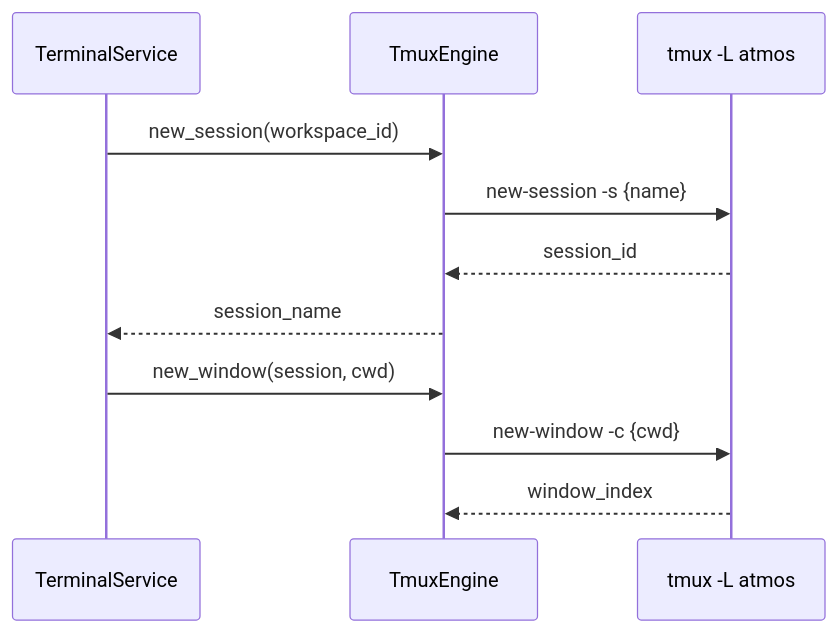
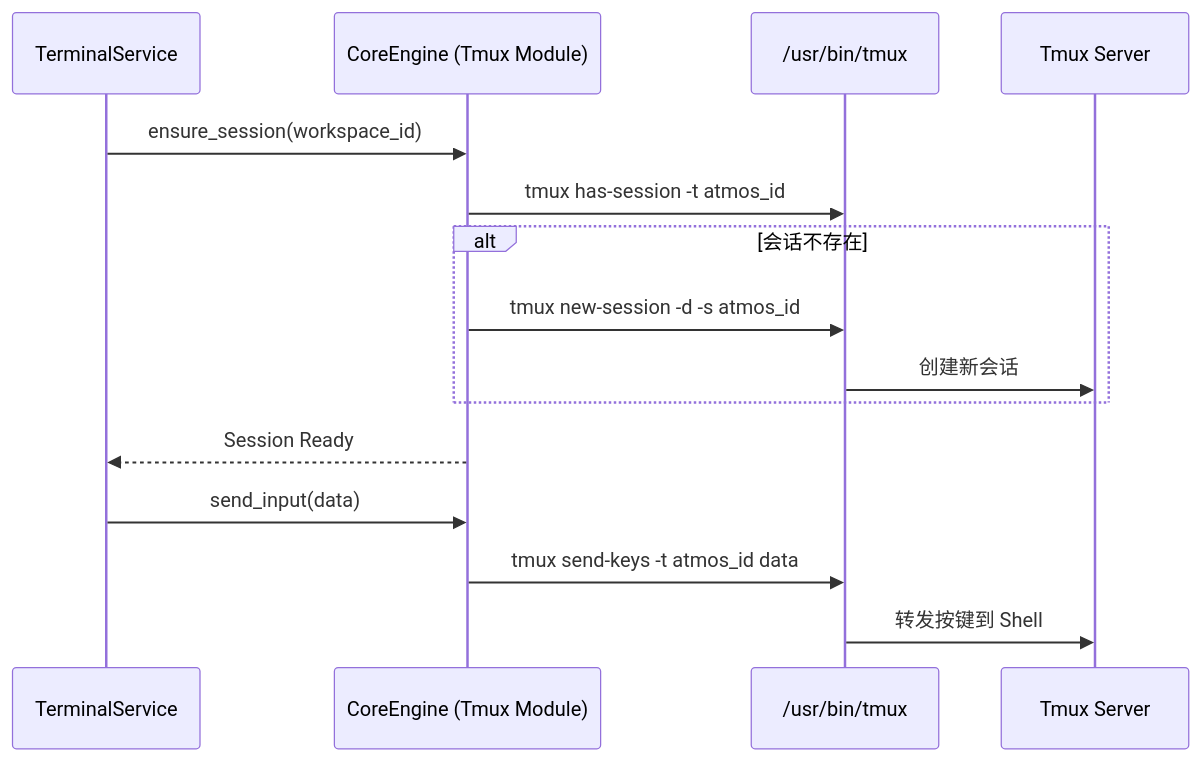
Before and after one commit to AruNi-01/atmos: the diagram in .atmos/wiki/deep-dive/core-engine/tmux.md, drawn with Mermaid. The commit also changed other lines of this file and 49 other files, not shown here.

````diff
--- a/.atmos/wiki/deep-dive/core-engine/tmux.md
+++ b/.atmos/wiki/deep-dive/core-engine/tmux.md
@@ -63,15 +35,19 @@
 ```mermaid
 sequenceDiagram
-    participant T as TerminalService
-    participant E as TmuxEngine
-    participant Tmux as tmux -L atmos
+    participant Svc as TerminalService
+    participant Eng as CoreEngine (Tmux Module)
+    participant Bin as /usr/bin/tmux
+    participant Srv as Tmux Server
 
-    T->>E: new_session(workspace_id)
-    E->>Tmux: new-session -s {name}
-    Tmux-->>E: session_id
-    E-->>T: session_name
-
-    T->>E: new_window(session, cwd)
-    E->>Tmux: new-window -c {cwd}
-    Tmux-->>E: window_index
+    Svc->>Eng: ensure_session(workspace_id)
+    Eng->>Bin: tmux has-session -t atmos_id
+    alt 会话不存在
+        Eng->>Bin: tmux new-session -d -s atmos_id
+        Bin->>Srv: 创建新会话
+    end
+    Eng-->>Svc: Session Ready
+    
+    Svc->>Eng: send_input(data)
+    Eng->>Bin: tmux send-keys -t atmos_id data
+    Bin->>Srv: 转发按键到 Shell
 ```
````
